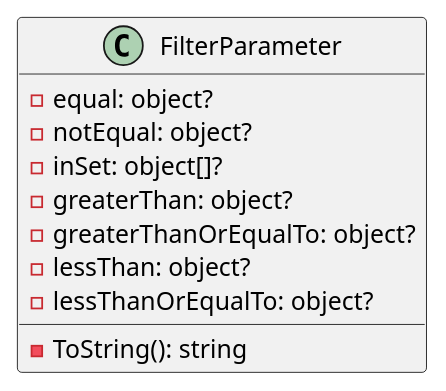
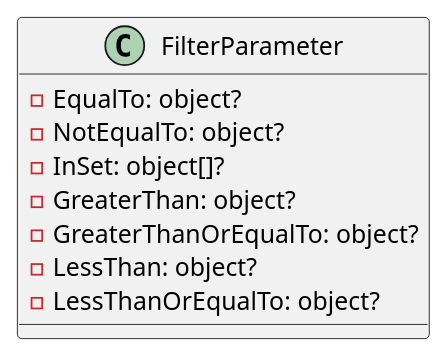
The first of 6 diagrams in docs/generated/Framework/Eliassen.System.Abstractions/Linq/Search/Documentation.md (mwwhited-forks/dotnet-libs), drawn with PlantUML before and after one commit. The commit also changed other lines of this file and 444 other files, not shown here.

````diff
--- a/docs/generated/Framework/Eliassen.System.Abstractions/Linq/Search/Documentation.md
+++ b/docs/generated/Framework/Eliassen.System.Abstractions/Linq/Search/Documentation.md
@@ -5,14 +13,14 @@
 ```plantuml
 @startuml
 class FilterParameter {
-  - equal: object?
-  - notEqual: object?
-  - inSet: object[]?
-  - greaterThan: object?
-  - greaterThanOrEqualTo: object?
-  - lessThan: object?
-  - lessThanOrEqualTo: object?
-  - ToString(): string
+  - EqualTo: object?
+  - NotEqualTo: object?
+  - InSet: object[]?
+  - GreaterThan: object?
+  - GreaterThanOrEqualTo: object?
+  - LessThan: object?
+  - LessThanOrEqualTo: object?
 }
+
 @enduml
 ```
````
